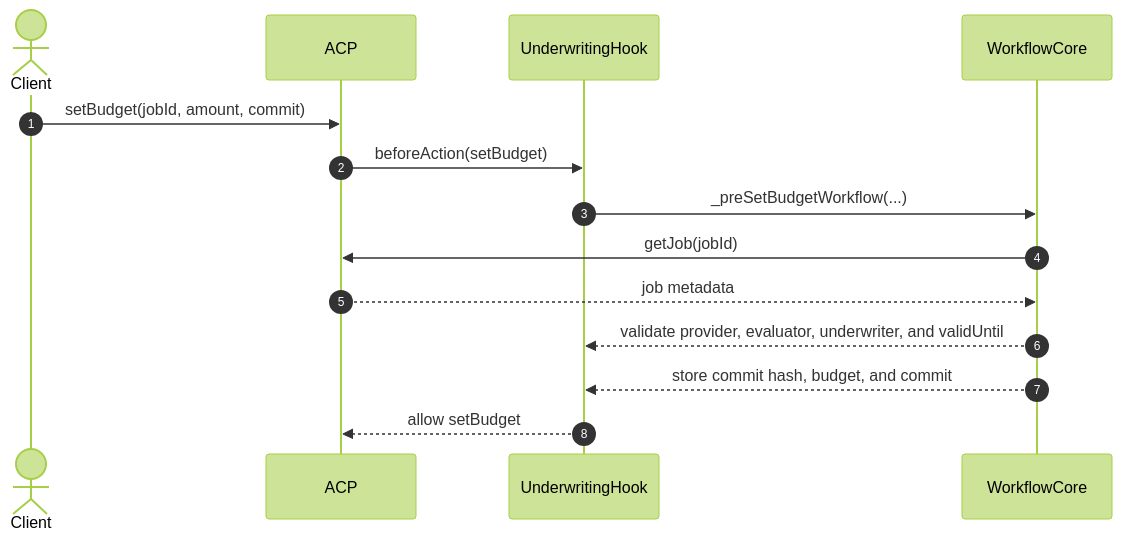
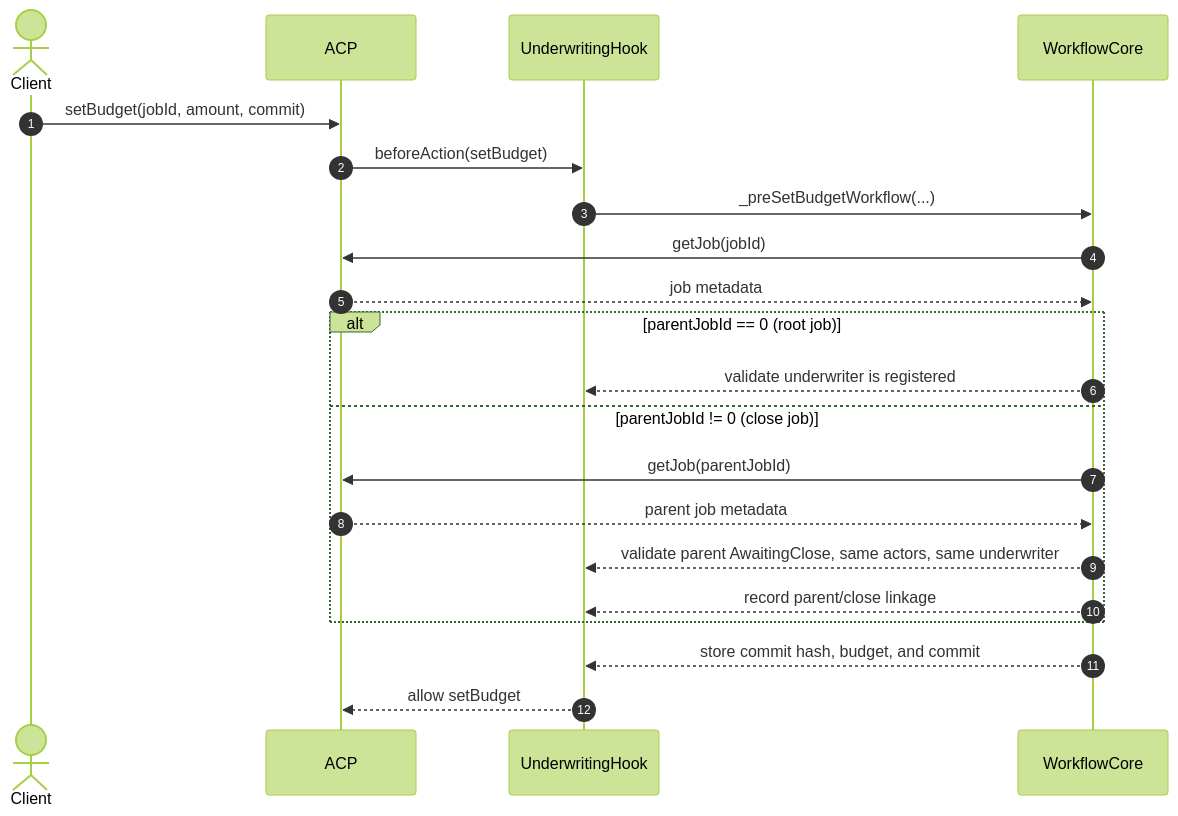
One commit to tsubasakong/hook-contracts changed the second of 8 diagrams in docs/underwriting-hook-acp-core-sequence.md. Above: the diagram before and after it, drawn with Mermaid (forest theme). The commit also changed other lines of this file and 1 other file, not shown here.

First line of the commit message:
docs: clarify how setBudget commit payload discriminates job types

````diff
--- a/docs/underwriting-hook-acp-core-sequence.md
+++ b/docs/underwriting-hook-acp-core-sequence.md
@@ -44,17 +64,24 @@
 ```mermaid
 sequenceDiagram
     autonumber
     actor Client
     participant ACP as ACP
     participant Hook as UnderwritingHook
     participant Flow as WorkflowCore
 
     Client->>ACP: setBudget(jobId, amount, commit)
     ACP->>Hook: beforeAction(setBudget)
     Hook->>Flow: _preSetBudgetWorkflow(...)
     Flow->>ACP: getJob(jobId)
     ACP-->>Flow: job metadata
-    Flow-->>Hook: validate provider, evaluator, underwriter, and validUntil
+    alt parentJobId == 0 (root job)
+        Flow-->>Hook: validate underwriter is registered
+    else parentJobId != 0 (close job)
+        Flow->>ACP: getJob(parentJobId)
+        ACP-->>Flow: parent job metadata
+        Flow-->>Hook: validate parent AwaitingClose, same actors, same underwriter
+        Flow-->>Hook: record parent/close linkage
+    end
     Flow-->>Hook: store commit hash, budget, and commit
     Hook-->>ACP: allow setBudget
 ```
````
